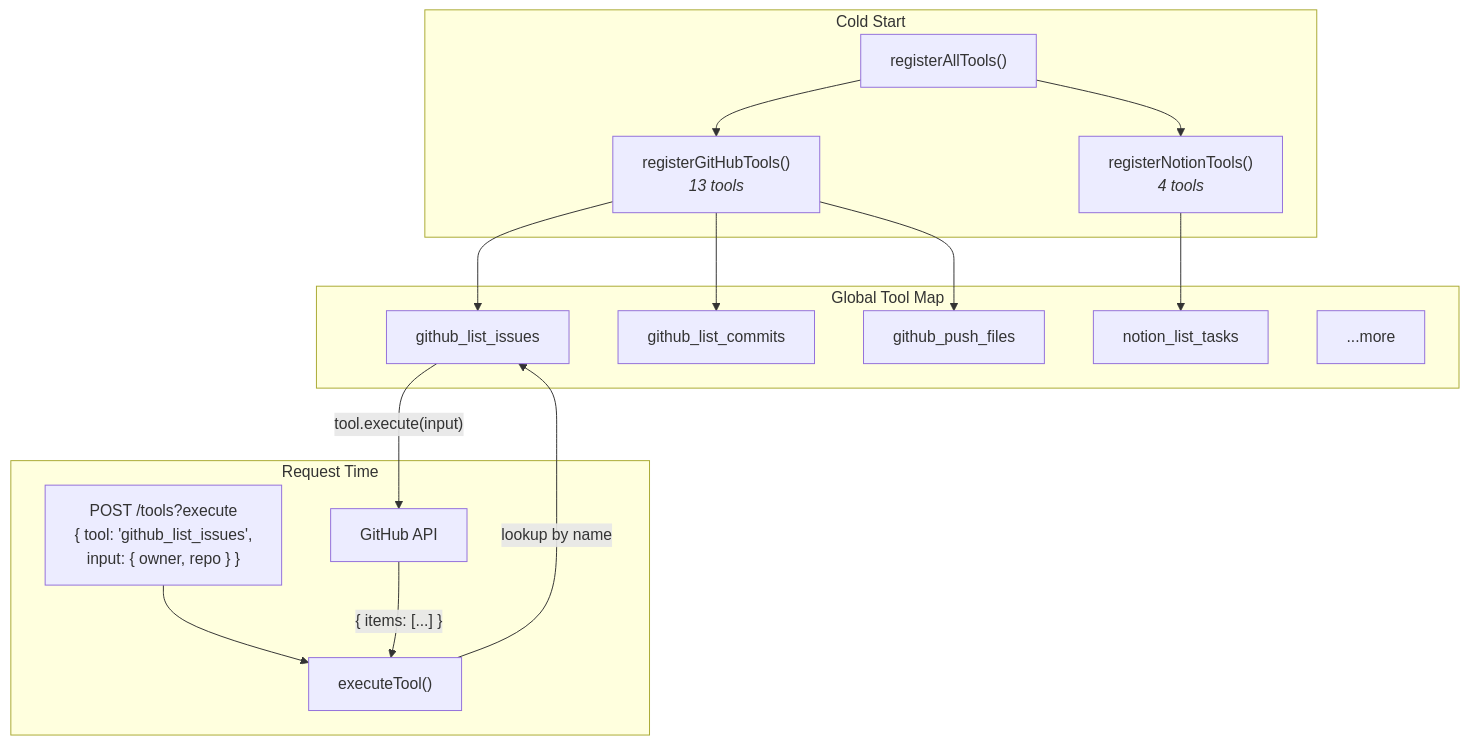
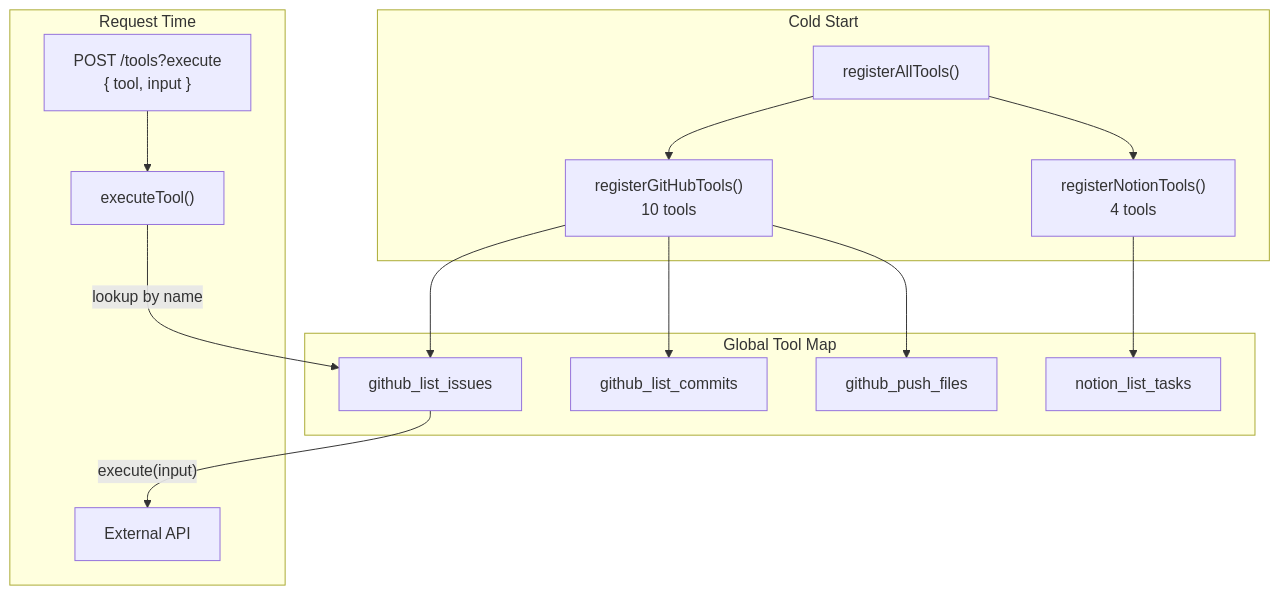
The seventh of 10 diagrams in docs/LEARNING_AI_BACKEND.md (rlynjb/buffr), drawn with Mermaid before and after one commit. The commit also changed other lines of this file, not shown here.

````diff
--- a/docs/LEARNING_AI_BACKEND.md
+++ b/docs/LEARNING_AI_BACKEND.md
@@ -524,32 +575,27 @@
 ```mermaid
 flowchart TB
     subgraph Boot["Cold Start"]
         RA["registerAllTools()"]
-        RA --> RG["registerGitHubTools()<br/><i>13 tools</i>"]
-        RA --> RN["registerNotionTools()<br/><i>4 tools</i>"]
+        RA --> RG["registerGitHubTools()<br/>10 tools"]
+        RA --> RN["registerNotionTools()<br/>4 tools"]
     end
 
     subgraph Registry["Global Tool Map"]
         T1["github_list_issues"]
         T2["github_list_commits"]
         T3["github_push_files"]
         T4["notion_list_tasks"]
-        T5["...more"]
     end
 
     subgraph Runtime["Request Time"]
-        REQ["POST /tools?execute<br/>{ tool: 'github_list_issues',<br/>  input: { owner, repo } }"]
+        REQ["POST /tools?execute<br/>{ tool, input }"]
         EXEC["executeTool()"]
-        API["GitHub API"]
+        API["External API"]
     end
 
-    RG --> T1
-    RG --> T2
-    RG --> T3
+    RG --> T1 & T2 & T3
     RN --> T4
-
     REQ --> EXEC
     EXEC -->|"lookup by name"| T1
-    T1 -->|"tool.execute(input)"| API
-    API -->|"{ items: [...] }"| EXEC
+    T1 -->|"execute(input)"| API
 ```
````
